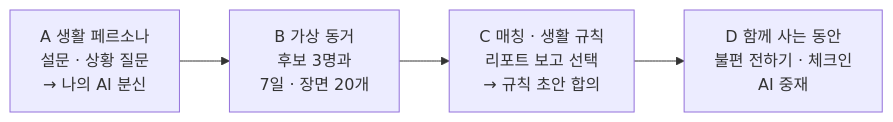
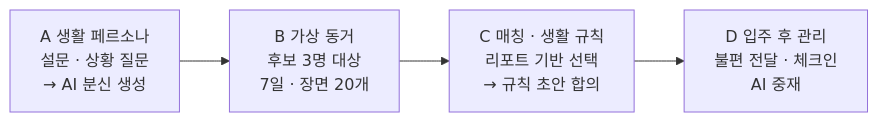
One commit to gokimkh123/SW_Design_Development changed the second of 4 diagrams in README.md. Above: the diagram before and after it, drawn with Mermaid. The commit also changed other lines of this file and 1 other file, not shown here.

````diff
--- a/README.md
+++ b/README.md
@@ -66,6 +68,6 @@
 ```mermaid
 flowchart LR
-    A["A 생활 페르소나<br/>설문 · 상황 질문<br/>→ 나의 AI 분신"] --> B["B 가상 동거<br/>후보 3명과<br/>7일 · 장면 20개"]
-    B --> C["C 매칭 · 생활 규칙<br/>리포트 보고 선택<br/>→ 규칙 초안 합의"]
-    C --> D["D 함께 사는 동안<br/>불편 전하기 · 체크인<br/>AI 중재"]
+    A["A 생활 페르소나<br/>설문 · 상황 질문<br/>→ AI 분신 생성"] --> B["B 가상 동거<br/>후보 3명 대상<br/>7일 · 장면 20개"]
+    B --> C["C 매칭 · 생활 규칙<br/>리포트 기반 선택<br/>→ 규칙 초안 합의"]
+    C --> D["D 입주 후 관리<br/>불편 전달 · 체크인<br/>AI 중재"]
 ```
````
